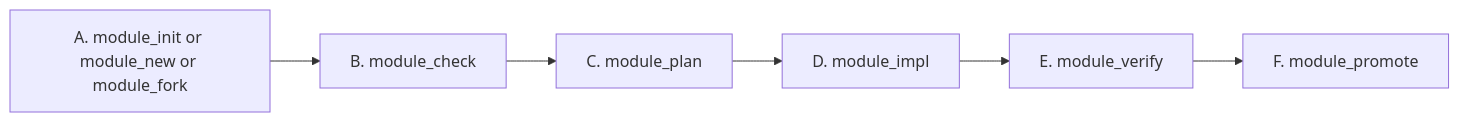
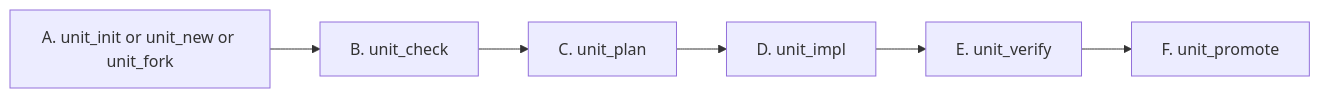
The fourth of 7 diagrams in README.md (mfblog/specflow), drawn with Mermaid before and after one commit. The commit also changed other lines of this file and 82 other files, not shown here.

````diff
--- a/README.md
+++ b/README.md
@@ -418,8 +418,8 @@
 ```mermaid
 flowchart LR
-    A["A. module_init or module_new or module_fork"] --> B["B. module_check"]
-    B --> C["C. module_plan"]
-    C --> D["D. module_impl"]
-    D --> E["E. module_verify"]
-    E --> F["F. module_promote"]
+    A["A. unit_init or unit_new or unit_fork"] --> B["B. unit_check"]
+    B --> C["C. unit_plan"]
+    C --> D["D. unit_impl"]
+    D --> E["E. unit_verify"]
+    E --> F["F. unit_promote"]
 ```
````
